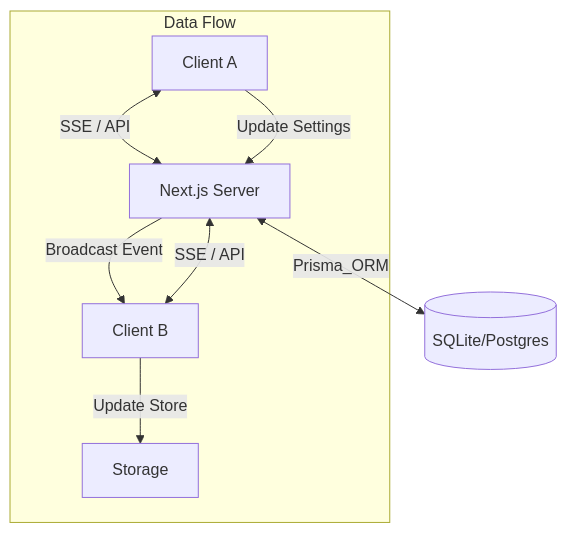
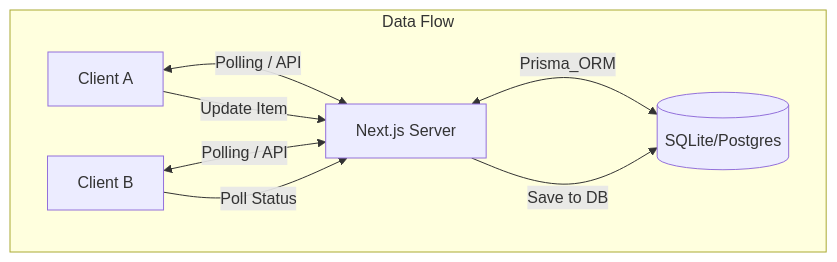
The diagram in README.md (xiangyumou/Promissum), drawn with Mermaid before and after one commit. The commit also changed other lines of this file, not shown here.

````diff
--- a/README.md
+++ b/README.md
@@ -27,12 +26,12 @@
 ```mermaid
 graph TD
-    ClientA[Client A] <-->|SSE / API| Server[Next.js Server]
-    ClientB[Client B] <-->|SSE / API| Server
+    ClientA[Client A] <-->|Polling / API| Server[Next.js Server]
+    ClientB[Client B] <-->|Polling / API| Server
     Server <-->|Prisma_ORM| DB[(SQLite/Postgres)]
     
     subgraph Data Flow
-        ClientA --Update Settings--> Server
-        Server --Broadcast Event--> ClientB
-        ClientB --Update Store--> Storage
+        ClientA --Update Item--> Server
+        Server --Save to DB--> DB
+        ClientB --Poll Status--> Server
     end
 ```
````
